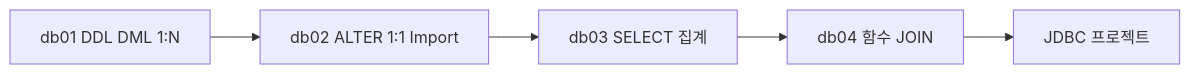
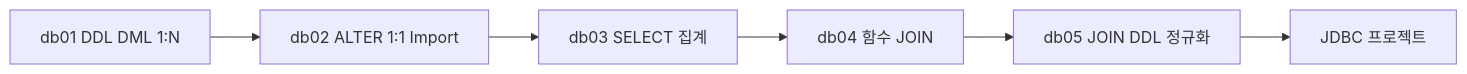
The ninth of 10 diagrams in README.md (metaapple/kb7-db), drawn with Mermaid before and after one commit. The commit also changed other lines of this file and 3 other files, not shown here.

````diff
--- a/README.md
+++ b/README.md
@@ -198,7 +200,8 @@
 ```mermaid
 flowchart LR
     D1["db01 DDL DML 1:N"] --> D2["db02 ALTER 1:1 Import"]
     D2 --> D3["db03 SELECT 집계"]
     D3 --> D4["db04 함수 JOIN"]
-    D4 --> D5[JDBC 프로젝트]
+    D4 --> D5["db05 JOIN DDL 정규화"]
+    D5 --> D6[JDBC 프로젝트]
 ```
````
